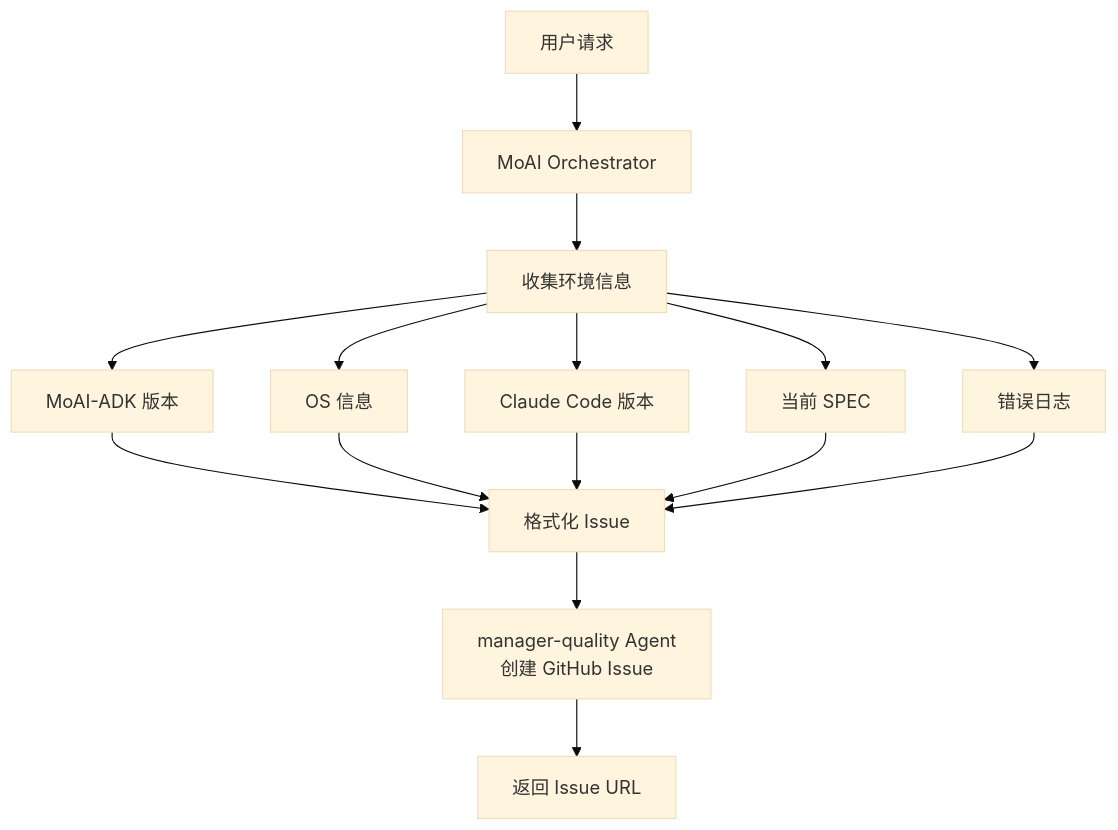
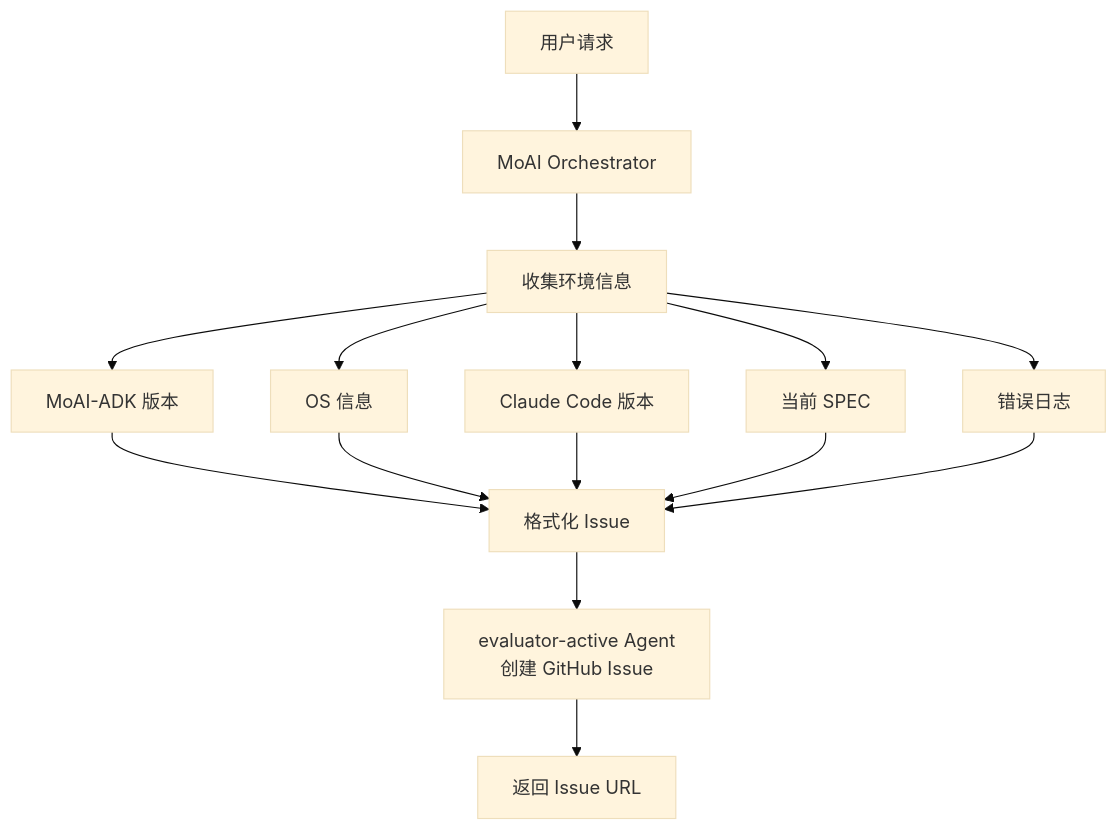
Before and after one commit to modu-ai/moai-adk: the second of 2 diagrams in docs-site/content/zh/utility-commands/moai-feedback.md, drawn with Mermaid (base theme). The commit also changed other lines of this file and 153 other files, not shown here.

````diff
--- a/docs-site/content/zh/utility-commands/moai-feedback.md
+++ b/docs-site/content/zh/utility-commands/moai-feedback.md
@@ -126,20 +126,20 @@
 ```mermaid
 flowchart TD
     User["用户请求"] --> Orchestrator["MoAI Orchestrator"]
     Orchestrator --> Collect["收集环境信息"]
 
     Collect --> Info1["MoAI-ADK 版本"]
     Collect --> Info2["OS 信息"]
     Collect --> Info3["Claude Code 版本"]
     Collect --> Info4["当前 SPEC"]
     Collect --> Info5["错误日志"]
 
     Info1 --> Format["格式化 Issue"]
     Info2 --> Format
     Info3 --> Format
     Info4 --> Format
     Info5 --> Format
 
-    Format --> GitHub["manager-quality Agent<br/>创建 GitHub Issue"]
+    Format --> GitHub["evaluator-active Agent<br/>创建 GitHub Issue"]
     GitHub --> Complete["返回 Issue URL"]
 ```
````
